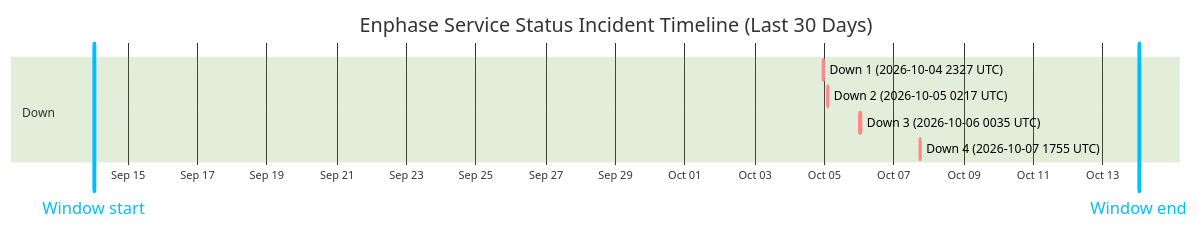
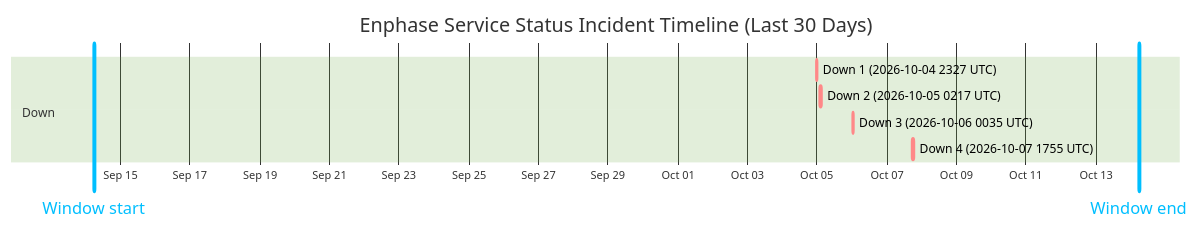
Before and after one commit to barneyonline/ha-enphase-energy: the diagram in wiki/Service-Status-History.md, drawn with Mermaid (forest theme). The commit also changed other lines of this file and 3 other files, not shown here.

````diff
--- a/wiki/Service-Status-History.md
+++ b/wiki/Service-Status-History.md
@@ -14,13 +14,13 @@
 ```mermaid
 gantt
     title Enphase Service Status Incident Timeline (Last 30 Days)
     dateFormat  YYYY-MM-DDTHH:mm:ss
     axisFormat  %b %d
-    Window start :vert, window-start, 2026-09-14T00:51:33, 0ms
-    Window end :vert, window-end, 2026-10-14T00:51:33, 0ms
+    Window start :vert, window-start, 2026-09-14T05:49:19, 0ms
+    Window end :vert, window-end, 2026-10-14T05:49:19, 0ms
     section Down
     Down 1 (2026-10-04 2327 UTC) :crit, down-1, 2026-10-04T23:27:34, 60m
     Down 2 (2026-10-05 0217 UTC) :crit, down-2, 2026-10-05T02:17:30, 60m
     Down 3 (2026-10-06 0035 UTC) :crit, down-3, 2026-10-06T00:35:21, 60m
     Down 4 (2026-10-07 1755 UTC) :crit, down-4, 2026-10-07T17:55:16, 60m
 ```
````
